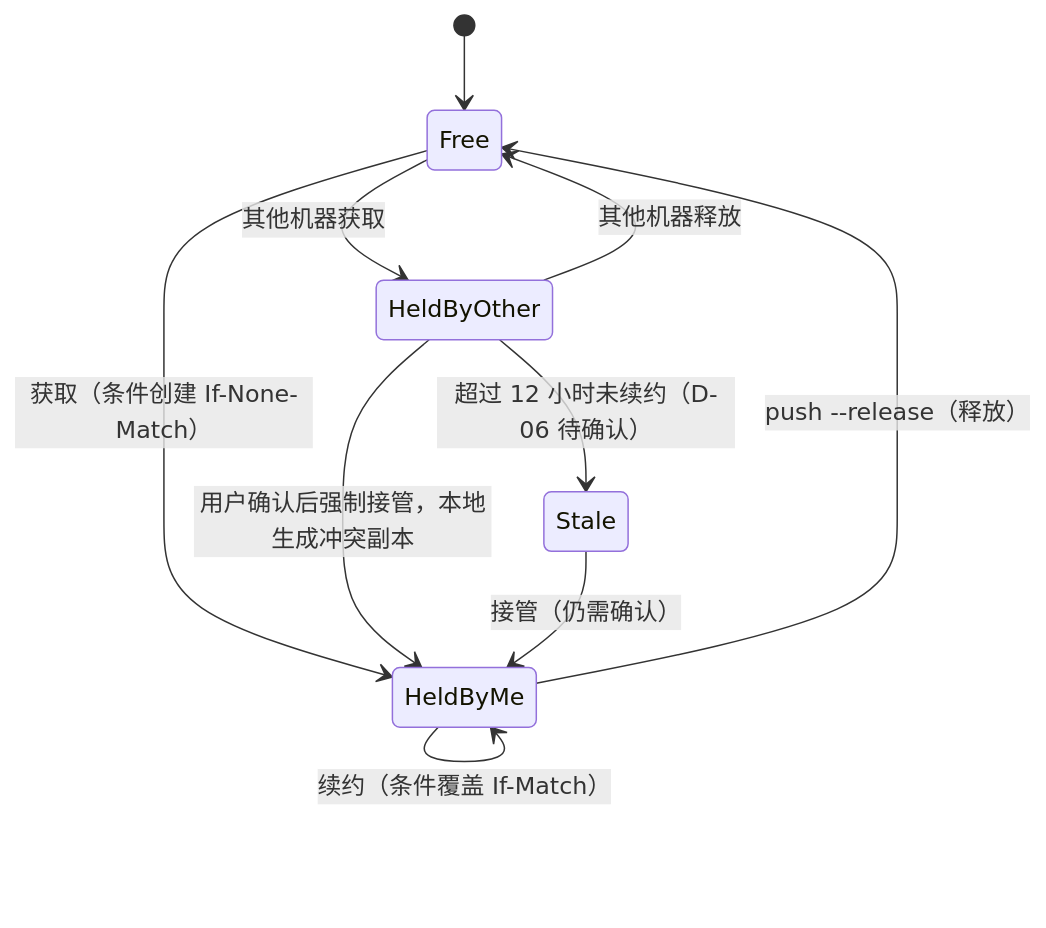
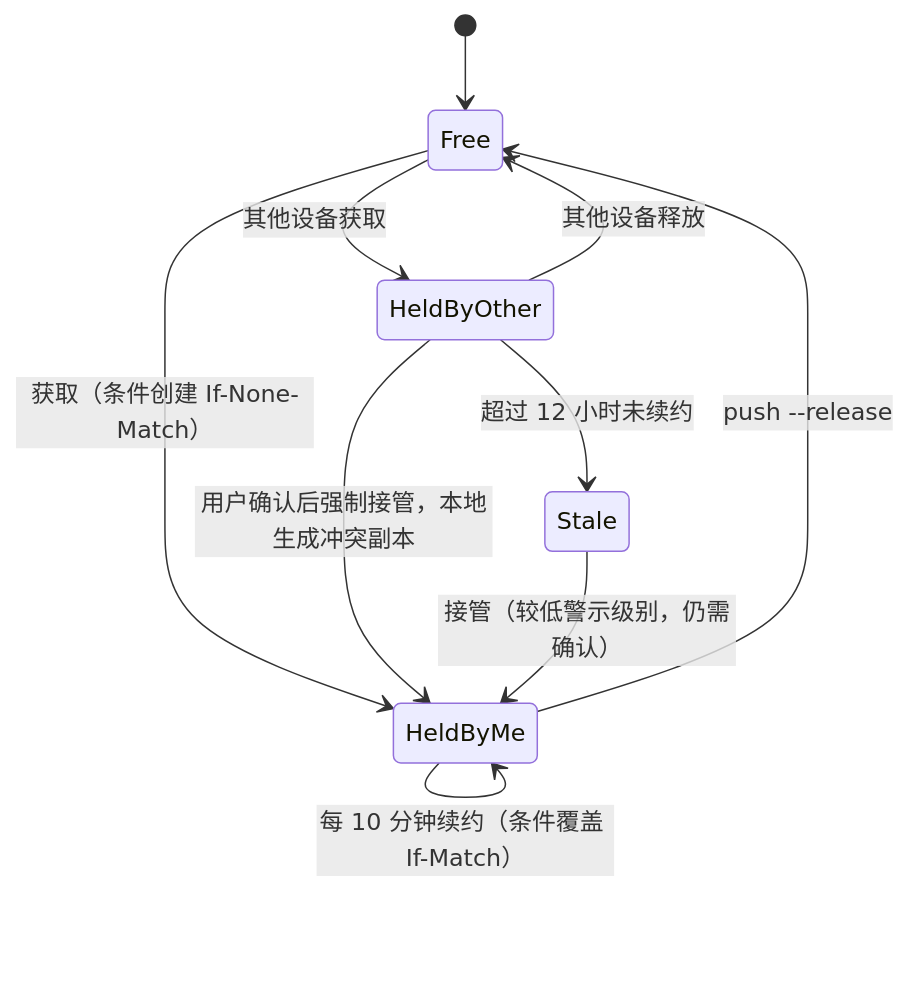
The fifth of 10 diagrams in docs/architecture.md (kverona-ai/workroam), drawn with Mermaid before and after one commit. The commit also changed other lines of this file and 15 other files, not shown here.

First line of the commit message:
docs: first complete PRD and architecture targeting v0.3

````diff
--- a/docs/architecture.md
+++ b/docs/architecture.md
@@ -330,12 +487,12 @@
 ```mermaid
 stateDiagram-v2
     [*] --> Free
     Free --> HeldByMe: 获取（条件创建 If-None-Match）
-    HeldByMe --> HeldByMe: 续约（条件覆盖 If-Match）
-    HeldByMe --> Free: push --release（释放）
+    HeldByMe --> HeldByMe: 每 10 分钟续约（条件覆盖 If-Match）
+    HeldByMe --> Free: push --release
+    Free --> HeldByOther: 其他设备获取
+    HeldByOther --> Free: 其他设备释放
+    HeldByOther --> Stale: 超过 12 小时未续约
     HeldByOther --> HeldByMe: 用户确认后强制接管，本地生成冲突副本
-    Free --> HeldByOther: 其他机器获取
-    HeldByOther --> Free: 其他机器释放
-    HeldByOther --> Stale: 超过 12 小时未续约（D-06 待确认）
-    Stale --> HeldByMe: 接管（仍需确认）
+    Stale --> HeldByMe: 接管（较低警示级别，仍需确认）
 ```
````
